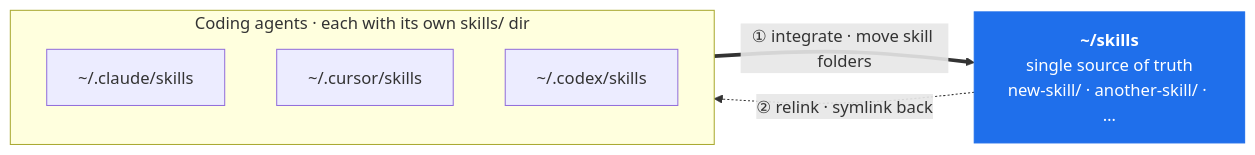
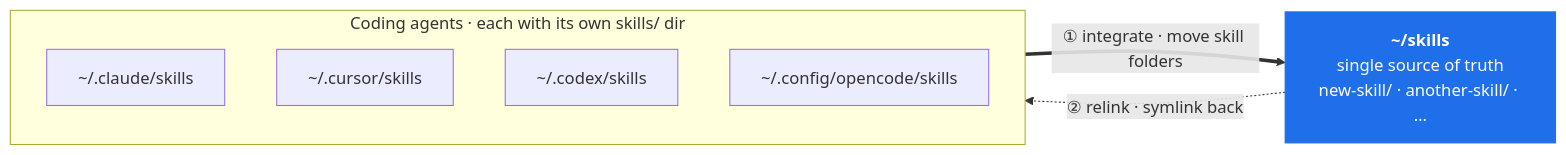
Before and after one commit to chrisyucode/sync-agent-skills: the diagram in README.md, drawn with Mermaid. The commit also changed other lines of this file and 2 other files, not shown here.

First line of the commit message:
feat: add opencode as a fourth agent source

````diff
--- a/README.md
+++ b/README.md
@@ -57,17 +59,18 @@
 ```mermaid
 flowchart LR
     subgraph agents["Coding agents · each with its own skills/ dir"]
         direction TB
         C["~/.claude/skills"]
         U["~/.cursor/skills"]
         X["~/.codex/skills"]
+        O["~/.config/opencode/skills"]
     end
 
     SH["<b>~/skills</b><br/>single source of truth<br/>new-skill/ · another-skill/ · …"]
 
     agents == "① integrate · move skill folders" ==> SH
     SH -. "② relink · symlink back" .-> agents
 
     classDef src fill:#1f6feb,color:#fff,stroke:#1f6feb;
     class SH src;
 ```
````
